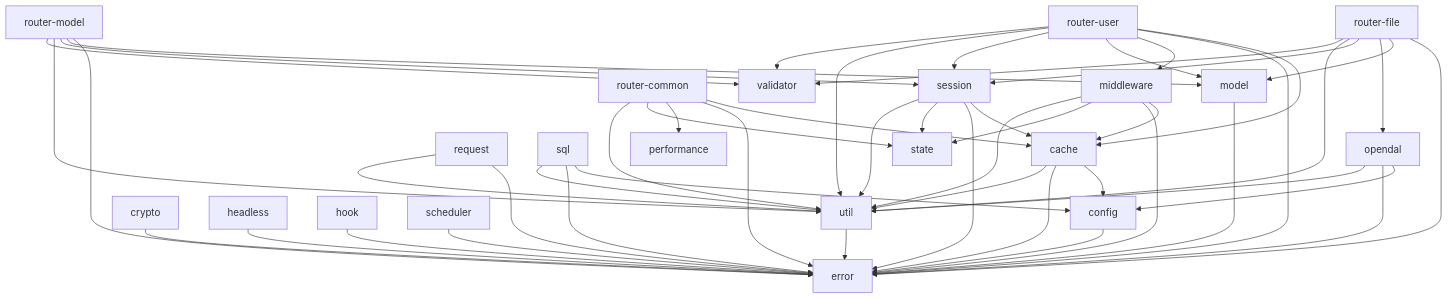
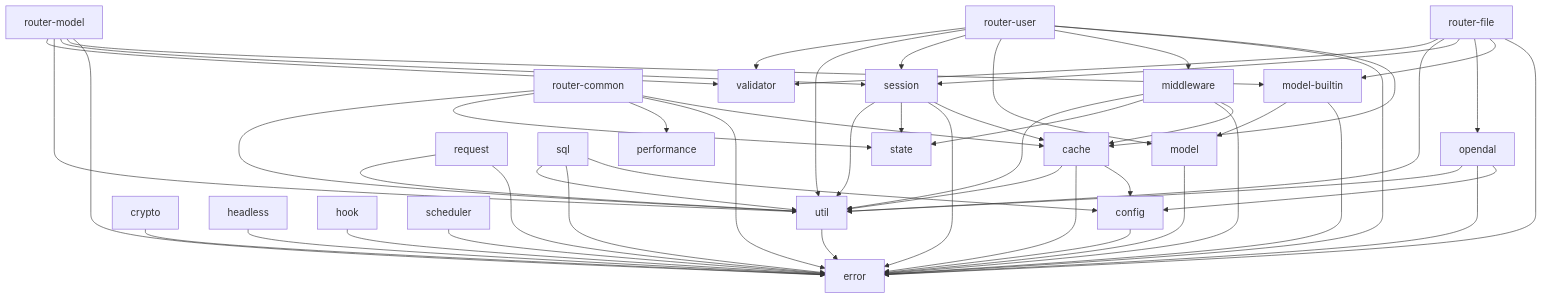
The diagram in docs/modules.md (vicanso/tibba), drawn with Mermaid before and after one commit. The commit also changed 21 other files, not shown here.

````diff
--- a/docs/modules.md
+++ b/docs/modules.md
@@ -3,68 +3,71 @@
 ```mermaid
 graph TD
     config --> error
 
     crypto --> error
 
     headless --> error
 
     hook --> error
 
     model --> error
 
     scheduler --> error
 
     util --> error
+
+    model-builtin --> error
+    model-builtin --> model
 
     cache --> config
     cache --> error
     cache --> util
 
     opendal --> config
     opendal --> error
     opendal --> util
 
     request --> error
     request --> util
 
     sql --> config
     sql --> error
     sql --> util
 
     middleware --> cache
     middleware --> error
     middleware --> state
     middleware --> util
 
     router-common --> cache
     router-common --> error
     router-common --> performance
     router-common --> state
     router-common --> util
 
     session --> cache
     session --> error
     session --> state
     session --> util
 
     router-file --> error
-    router-file --> model
+    router-file --> model-builtin
     router-file --> opendal
     router-file --> session
     router-file --> util
     router-file --> validator
 
     router-model --> error
-    router-model --> model
+    router-model --> model-builtin
     router-model --> session
     router-model --> util
     router-model --> validator
 
     router-user --> cache
     router-user --> error
     router-user --> middleware
     router-user --> model
     router-user --> session
     router-user --> util
     router-user --> validator
 ```
````
